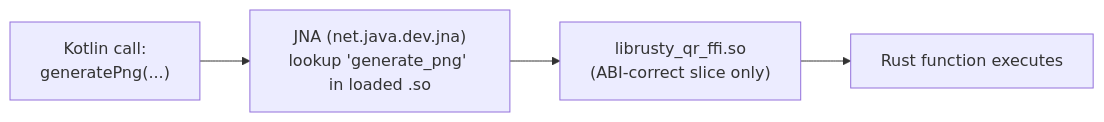
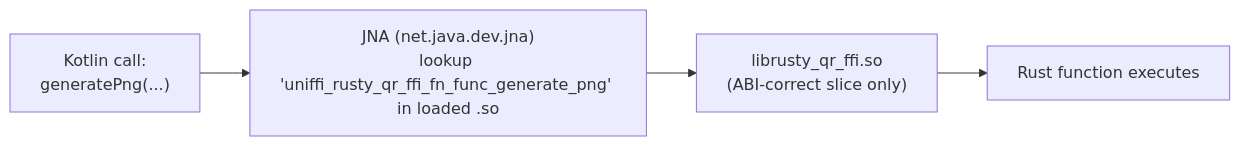
The third of 7 diagrams in docs/ARCHITECTURE.md (prasannajeet/RustyQR), drawn with Mermaid before and after one commit. The commit also changed other lines of this file and 7 other files, not shown here.

````diff
--- a/docs/ARCHITECTURE.md
+++ b/docs/ARCHITECTURE.md
@@ -290,9 +291,9 @@
 ```mermaid
 graph LR
     A["Kotlin call:<br/>generatePng(...)"]
-    B["JNA (net.java.dev.jna)<br/>lookup 'generate_png' in loaded .so"]
+    B["JNA (net.java.dev.jna)<br/>lookup 'uniffi_rusty_qr_ffi_fn_func_generate_png' in loaded .so"]
     C["librusty_qr_ffi.so<br/>(ABI-correct slice only)"]
     D["Rust function executes"]
 
     A --> B --> C --> D
 ```
````
